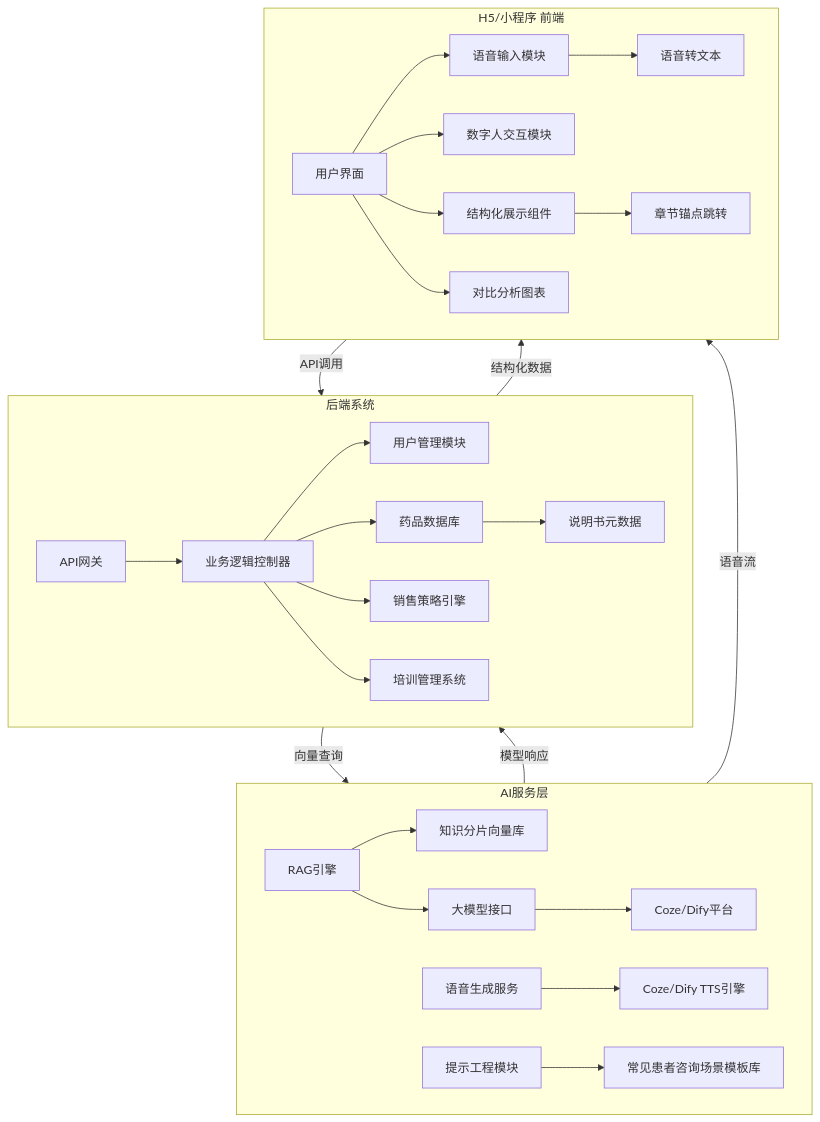
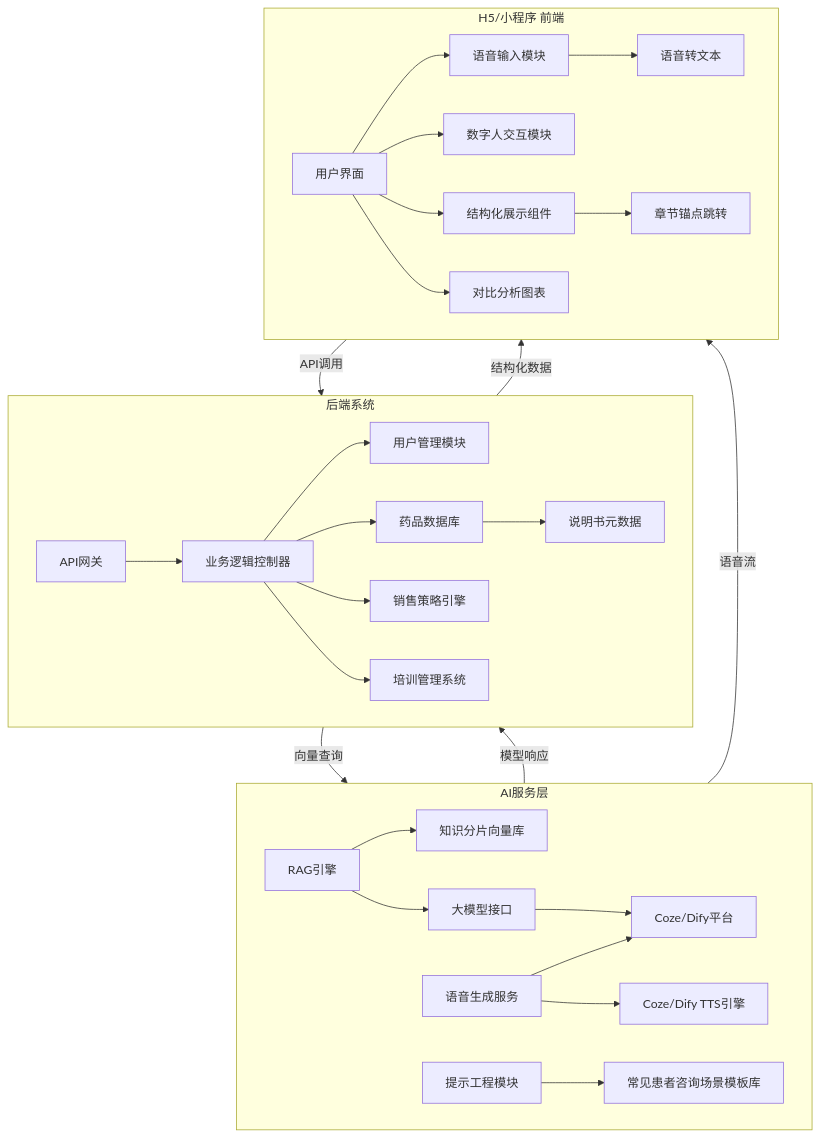
Before and after one commit to funnyData/iodraw-files: the diagram in all/结构图.md, drawn with Mermaid.

Commit message:
2025-02-19 20:35:14 update

````diff
--- a/all/结构图.md
+++ b/all/结构图.md
@@ -1,39 +1,39 @@
 ```mermaid
 %% 结构图
 graph TD
     subgraph AI[AI服务层]
         O[RAG引擎] --> P[知识分片向量库]
         O --> Q[大模型接口]
         Q --> R[Coze/Dify平台]
-        S
+        S --> R
         S[语音生成服务] --> T[Coze/Dify TTS引擎]
         U[提示工程模块] --> V[常见患者咨询场景模板库]
     end
 
 
     subgraph Backend[后端系统]
         H[API网关] --> I[业务逻辑控制器]
         I --> J[用户管理模块]
         I --> K[药品数据库]
         I --> L[销售策略引擎]
         I --> M[培训管理系统]
         K --> N[说明书元数据]
     end
 
     subgraph Frontend[H5/小程序 前端]
         A[用户界面] --> B[语音输入模块]
         A --> C[数字人交互模块]
         A --> D[结构化展示组件]
         A --> E[对比分析图表]
         B --> F[语音转文本]
         D --> G[章节锚点跳转]
     end
 
 
 
     Frontend -->|API调用| Backend
     Backend -->|向量查询| AI
     AI -->|模型响应| Backend
     Backend -->|结构化数据| Frontend
     AI -->|语音流| Frontend
 ```
````
